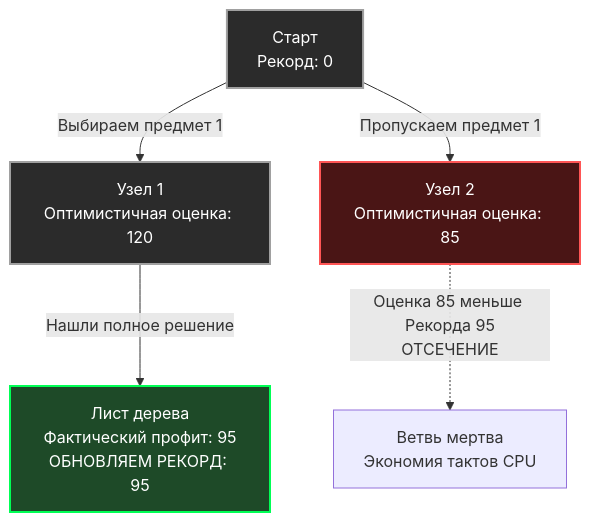
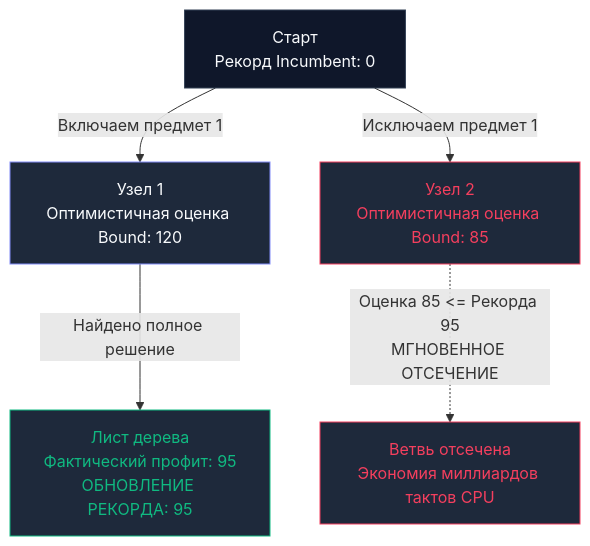
Before and after one commit to UnrealTemplier/go-textbook: the diagram in sources/20. Алгоритмы и структуры данных (DSA) на Go/10. Алгоритмические парадигмы/5. Branch and bound.md, drawn with Mermaid. The commit also changed other lines of this file, not shown here.

Commit message:
feat(module-20): editorial rewrite of 10.5 Branch and bound in Kernighan style

````diff
--- a/sources/20. Алгоритмы и структуры данных (DSA) на Go/10. Алгоритмические парадигмы/5. Branch and bound.md
+++ b/sources/20. Алгоритмы и структуры данных (DSA) на Go/10. Алгоритмические парадигмы/5. Branch and bound.md
@@ -19,14 +23,19 @@
 ```mermaid
 flowchart TD
-    Root["Старт<br>Рекорд: 0"] -->|"Выбираем предмет 1"| B1["Узел 1<br>Оптимистичная оценка: 120"]
-    Root -->|"Пропускаем предмет 1"| B2["Узел 2<br>Оптимистичная оценка: 85"]
+    Root["Старт<br/>Рекорд Incumbent: 0"] -->|"Включаем предмет 1"| B1["Узел 1<br/>Оптимистичная оценка Bound: 120"]
+    Root -->|"Исключаем предмет 1"| B2["Узел 2<br/>Оптимистичная оценка Bound: 85"]
     
-    B1 -->|"Нашли полное решение"| Sol1["Лист дерева<br>Фактический профит: 95<br>ОБНОВЛЯЕМ РЕКОРД: 95"]
+    B1 -->|"Найдено полное решение"| Sol1["Лист дерева<br/>Фактический профит: 95<br/>ОБНОВЛЕНИЕ РЕКОРДА: 95"]
     
-    B2 -.->|"Оценка 85 меньше Рекорда 95<br>ОТСЕЧЕНИЕ"| Pruned["Ветвь мертва<br>Экономия тактов CPU"]
-    
-    style Root fill:#2b2b2b,stroke:#a0a0a0,stroke-width:2px,color:#fff
-    style B1 fill:#2b2b2b,stroke:#a0a0a0,stroke-width:2px,color:#fff
-    style B2 fill:#4a1515,stroke:#ff5555,stroke-width:2px,color:#fff
-    style Sol1 fill:#1e4a28,stroke:#00ff55,stroke-width:2px,color:#fff
+    B2 -.->|"Оценка 85 <= Рекорда 95<br/>МГНОВЕННОЕ ОТСЕЧЕНИЕ"| Pruned["Ветвь отсечена<br/>Экономия миллиардов тактов CPU"]
+
+    classDef default fill:#0f172a,stroke:#334155,color:#f8fafc
+    classDef branch fill:#1e293b,stroke:#818cf8,color:#f8fafc
+    classDef record fill:#1e293b,stroke:#10b981,color:#10b981
+    classDef cut fill:#1e293b,stroke:#f43f5e,color:#f43f5e
+
+    class Root default
+    class B1 branch
+    class B2,Pruned cut
+    class Sol1 record
 ```
````
